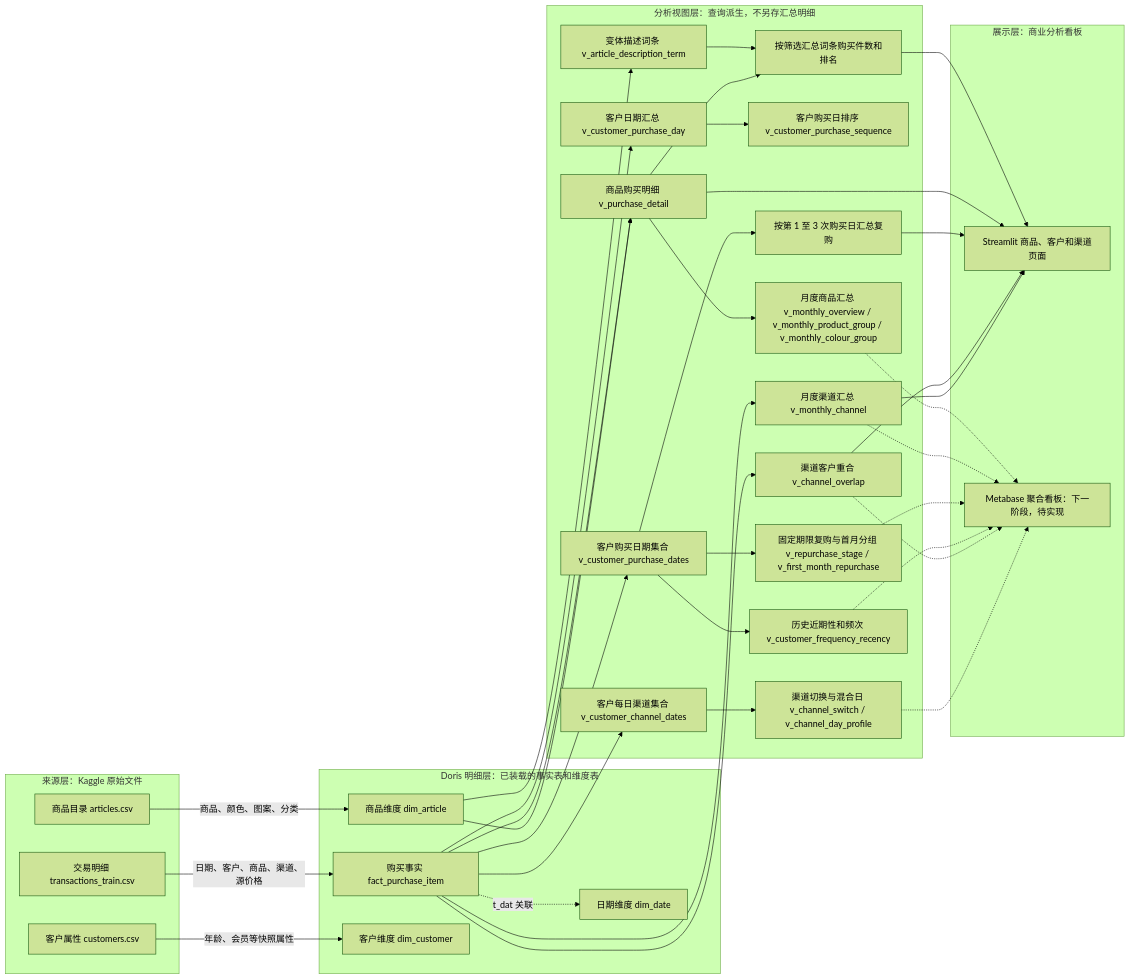
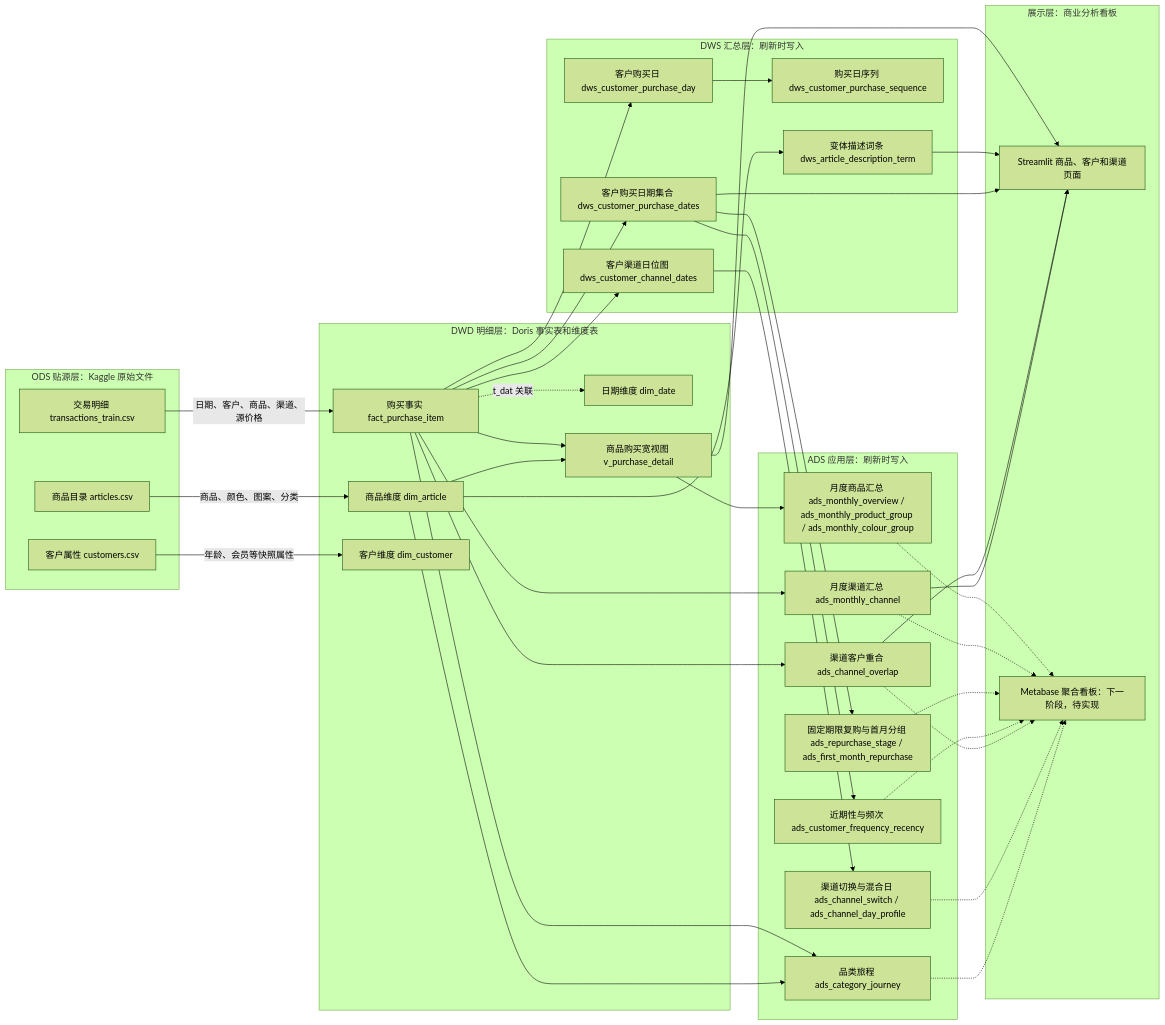
Before and after one commit to SongYunq/industry-data-warehouse: the second of 2 diagrams in docs/05-逻辑设计.md, drawn with Mermaid (forest theme). The commit also changed other lines of this file and 12 other files, not shown here.

First line of the commit message:
feat: 将 DWS 与 ADS 落成可刷新的 Doris 表

````diff
--- a/docs/05-逻辑设计.md
+++ b/docs/05-逻辑设计.md
@@ -113,69 +115,71 @@
 ```mermaid
 flowchart LR
-    subgraph SRC[来源层：Kaggle 原始文件]
+    subgraph SRC[ODS 贴源层：Kaggle 原始文件]
         TX[交易明细 transactions_train.csv]
         AR[商品目录 articles.csv]
         CU[客户属性 customers.csv]
     end
 
-    subgraph DW[Doris 明细层：已装载的事实表和维度表]
+    subgraph DW[DWD 明细层：Doris 事实表和维度表]
         F[购买事实 fact_purchase_item]
         A[商品维度 dim_article]
         C[客户维度 dim_customer]
         D[日期维度 dim_date]
+        PD[商品购买宽视图 v_purchase_detail]
     end
 
-    subgraph V[分析视图层：查询派生，不另存汇总明细]
-        PD[商品购买明细 v_purchase_detail]
-        DT[变体描述词条 v_article_description_term]
-        DR[按筛选汇总词条购买件数和排名]
-        CD[客户日期汇总 v_customer_purchase_day]
-        CS[客户购买日排序 v_customer_purchase_sequence]
-        CDS[客户购买日期集合 v_customer_purchase_dates]
-        RP[按第 1 至 3 次购买日汇总复购]
-        RS[固定期限复购与首月分组 v_repurchase_stage / v_first_month_repurchase]
-        FR[历史近期性和频次 v_customer_frequency_recency]
-        CH1[渠道客户重合 v_channel_overlap]
-        CH2[客户每日渠道集合 v_customer_channel_dates]
-        CH3[渠道切换与混合日 v_channel_switch / v_channel_day_profile]
-        MO1[月度商品汇总 v_monthly_overview / v_monthly_product_group / v_monthly_colour_group]
-        MO2[月度渠道汇总 v_monthly_channel]
+    subgraph DWS[DWS 汇总层：刷新时写入]
+        CD[客户购买日 dws_customer_purchase_day]
+        CS[购买日序列 dws_customer_purchase_sequence]
+        CDS[客户购买日期集合 dws_customer_purchase_dates]
+        CH2[客户渠道日位图 dws_customer_channel_dates]
+        DT[变体描述词条 dws_article_description_term]
+    end
+
+    subgraph ADS[ADS 应用层：刷新时写入]
+        RS[固定期限复购与首月分组 ads_repurchase_stage / ads_first_month_repurchase]
+        FR[近期性与频次 ads_customer_frequency_recency]
+        CH1[渠道客户重合 ads_channel_overlap]
+        CH3[渠道切换与混合日 ads_channel_switch / ads_channel_day_profile]
+        CJ[品类旅程 ads_category_journey]
+        MO1[月度商品汇总 ads_monthly_overview / ads_monthly_product_group / ads_monthly_colour_group]
+        MO2[月度渠道汇总 ads_monthly_channel]
     end
 
     subgraph OUT[展示层：商业分析看板]
         ST[Streamlit 商品、客户和渠道页面]
         MB[Metabase 聚合看板：下一阶段，待实现]
     end
 
     TX -->|日期、客户、商品、渠道、源价格| F
     AR -->|商品、颜色、图案、分类| A
     CU -->|年龄、会员等快照属性| C
     F -. t_dat 关联 .-> D
     F --> PD
     A --> PD
     A --> DT
-    DT --> DR
-    PD --> DR
-    DR --> ST
     F --> CD
     CD --> CS
     F --> CDS
-    CDS --> RP
     CDS --> RS
     CDS --> FR
     F --> CH1
     F --> CH2
     CH2 --> CH3
+    F --> CJ
+    A --> CJ
     PD --> MO1
     F --> MO2
     PD --> ST
-    RP --> ST
+    DT --> ST
+    CDS --> ST
     CH1 --> ST
     MO2 --> ST
     MO1 -.-> MB
     MO2 -.-> MB
     RS -.-> MB
     FR -.-> MB
     CH1 -.-> MB
     CH3 -.-> MB
+    CJ -.-> MB
 ```
````
